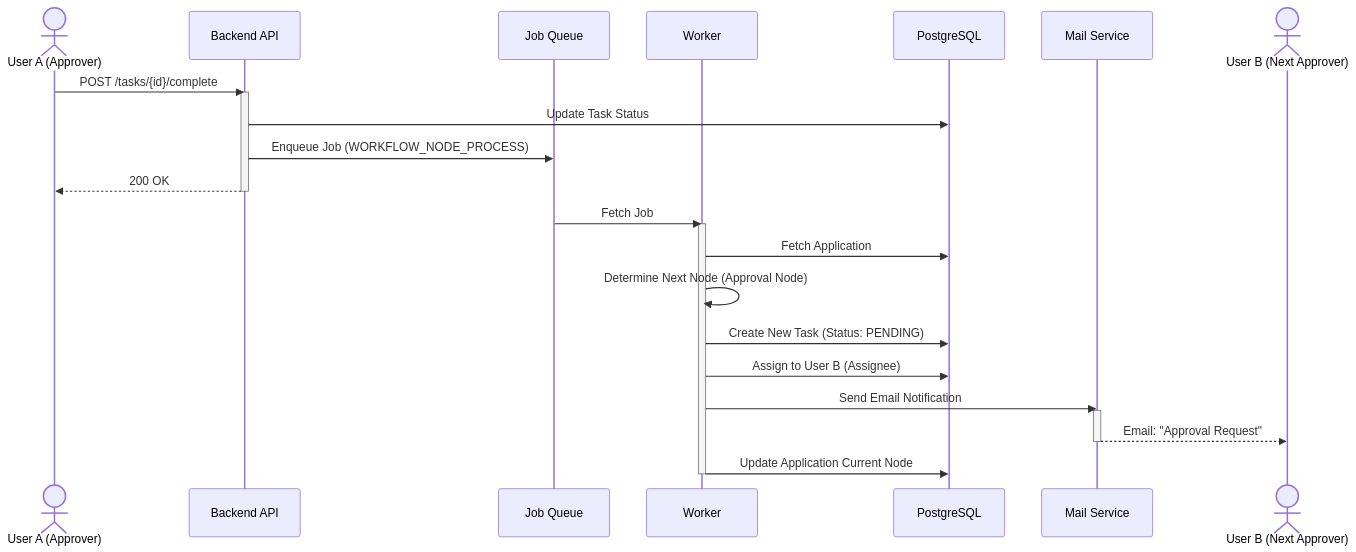
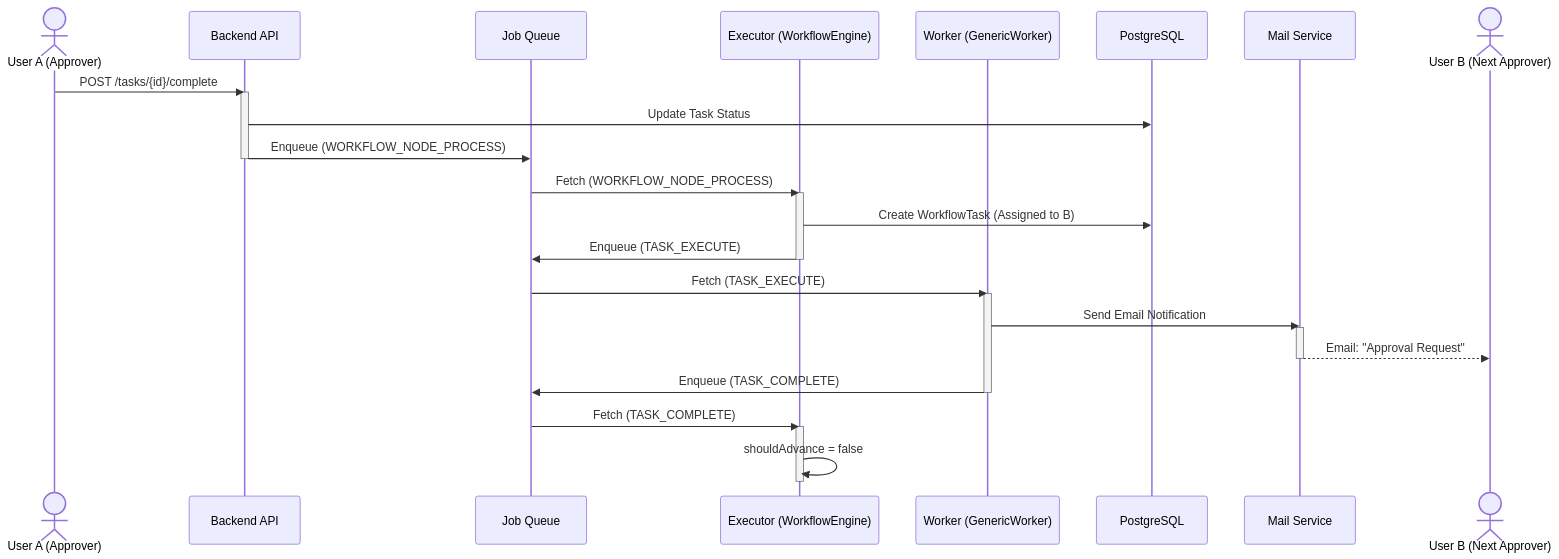
Before and after one commit to kenichi-33/flow-craft: the second of 8 diagrams in backend/docs/sequence_diagrams.md, drawn with Mermaid. The commit also changed other lines of this file and 56 other files, not shown here.

````diff
--- a/backend/docs/sequence_diagrams.md
+++ b/backend/docs/sequence_diagrams.md
@@ -55,35 +80,40 @@
 ```mermaid
 sequenceDiagram
     actor UserA as User A (Approver)
     participant API as Backend API
     participant Queue as Job Queue
-    participant Worker
+    participant Executor as Executor (WorkflowEngine)
+    participant Worker as Worker (GenericWorker)
     participant DB as PostgreSQL
     participant Mail as Mail Service
     actor UserB as User B (Next Approver)
 
     UserA->>API: POST /tasks/{id}/complete
     activate API
     API->>DB: Update Task Status
-    API->>Queue: Enqueue Job (WORKFLOW_NODE_PROCESS)
-    API-->>UserA: 200 OK
+    API->>Queue: Enqueue (WORKFLOW_NODE_PROCESS)
     deactivate API
     
-    Queue->>Worker: Fetch Job
+    %% Executorが次のステップ（Bさんの承認）を決定
+    Queue->>Executor: Fetch (WORKFLOW_NODE_PROCESS)
+    activate Executor
+    Executor->>DB: Create WorkflowTask (Assigned to B)
+    Executor->>Queue: Enqueue (TASK_EXECUTE)
+    deactivate Executor
+    
+    %% Workerが通知処理を実行
+    Queue->>Worker: Fetch (TASK_EXECUTE)
     activate Worker
-
-    Worker->>DB: Fetch Application
-    Worker->>Worker: Determine Next Node (Approval Node)
-    
-    Worker->>DB: Create New Task (Status: PENDING)
-    Worker->>DB: Assign to User B (Assignee)
-    
     Worker->>Mail: Send Email Notification
     activate Mail
     Mail-->>UserB: Email: "Approval Request"
     deactivate Mail
+    Worker->>Queue: Enqueue (TASK_COMPLETE)
+    deactivate Worker
     
-    Worker->>DB: Update Application Current Node
-    
-    deactivate Worker
+    %% Executorが完了を確認（承認タスクなので進まない）
+    Queue->>Executor: Fetch (TASK_COMPLETE)
+    activate Executor
+    Executor->>Executor: shouldAdvance = false
+    deactivate Executor
 ```
````
